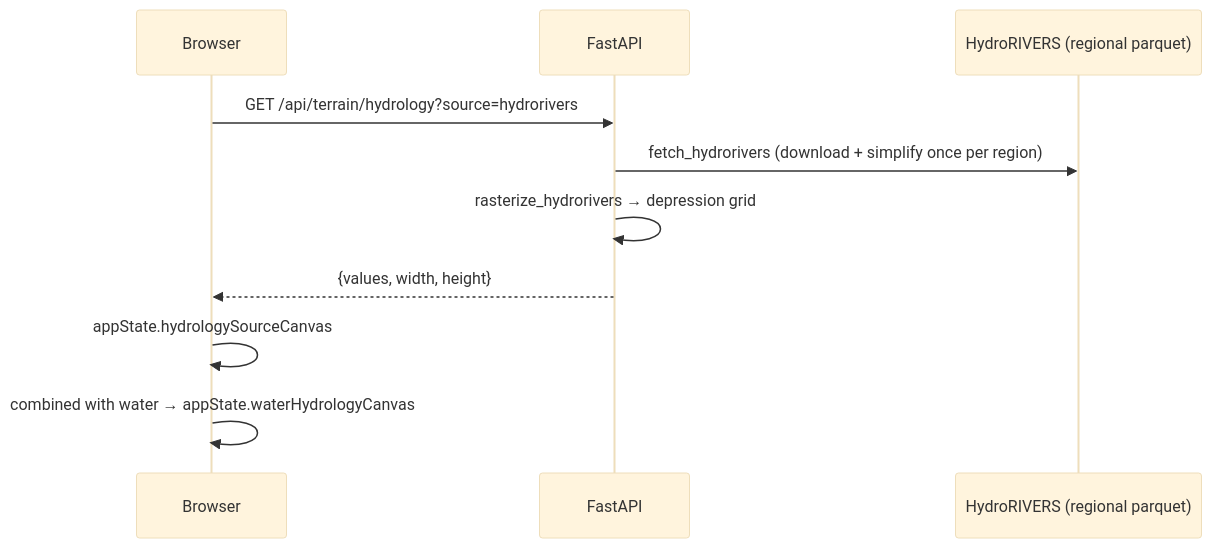
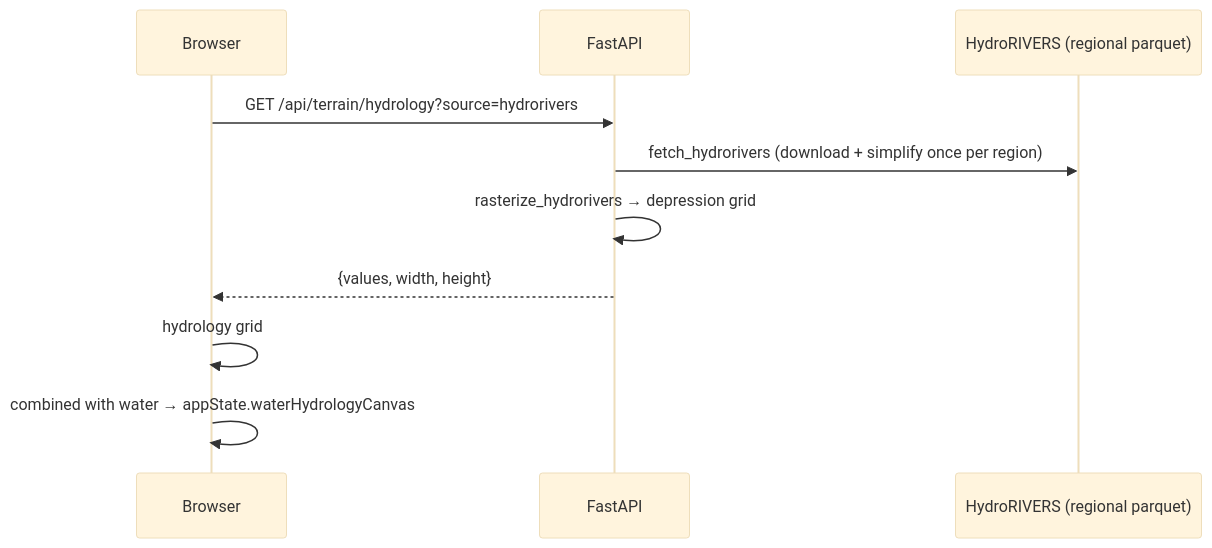
The fifth of 7 diagrams in docs/reference/layer-system.md (EdgarCardenasDeLaHoz/map2stl), drawn with Mermaid (base theme) before and after one commit. The commit also changed other lines of this file and 12 other files, not shown here.

````diff
--- a/docs/reference/layer-system.md
+++ b/docs/reference/layer-system.md
@@ -155,12 +155,12 @@
 ```mermaid
 sequenceDiagram
     participant FE as Browser
     participant BE as FastAPI
     participant HDB as HydroRIVERS (regional parquet)
     FE->>BE: GET /api/terrain/hydrology?source=hydrorivers
     BE->>HDB: fetch_hydrorivers (download + simplify once per region)
     BE->>BE: rasterize_hydrorivers → depression grid
     BE-->>FE: {values, width, height}
-    FE->>FE: appState.hydrologySourceCanvas
+    FE->>FE: hydrology grid
     FE->>FE: combined with water → appState.waterHydrologyCanvas
 ```
````
